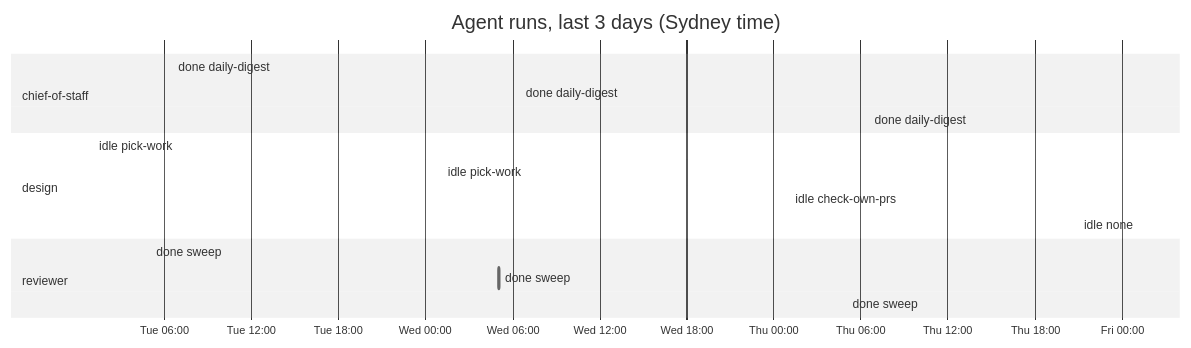
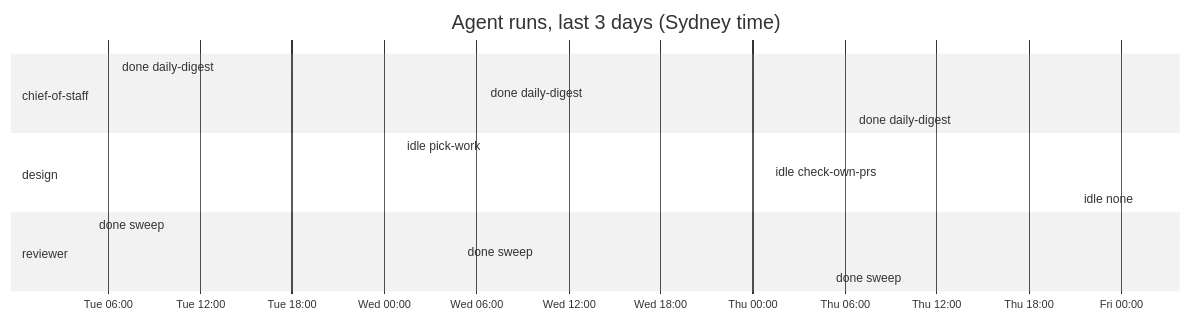
One commit to roulmediateam-byte/fifteen-expert-hq changed the diagram in dashboard.md. Above: the diagram before and after it, drawn with Mermaid (neutral theme). The commit also changed other lines of this file and 1 other file, not shown here.

````diff
--- a/dashboard.md
+++ b/dashboard.md
@@ -54,19 +54,18 @@
 ```mermaid
 gantt
     title Agent runs, last 3 days (Sydney time)
     dateFormat YYYY-MM-DD HH:mm
     axisFormat %a %H:%M
     section chief-of-staff
     done daily-digest :done, 2026-11-24 06:35, 2026-11-24 06:37
     done daily-digest :done, 2026-11-25 06:34, 2026-11-25 06:35
     done daily-digest :done, 2026-11-26 06:35, 2026-11-26 06:36
     section design
-    idle pick-work :done, 2026-11-24 01:09, 2026-11-24 01:09
     idle pick-work :done, 2026-11-25 01:09, 2026-11-25 01:09
     idle check-own-prs :done, 2026-11-26 01:09, 2026-11-26 01:09
     idle none :done, 2026-11-27 01:08, 2026-11-27 01:09
     section reviewer
     done sweep :done, 2026-11-24 05:05, 2026-11-24 05:06
     done sweep :done, 2026-11-25 05:04, 2026-11-25 05:05
     done sweep :done, 2026-11-26 05:05, 2026-11-26 05:06
 ```
````
